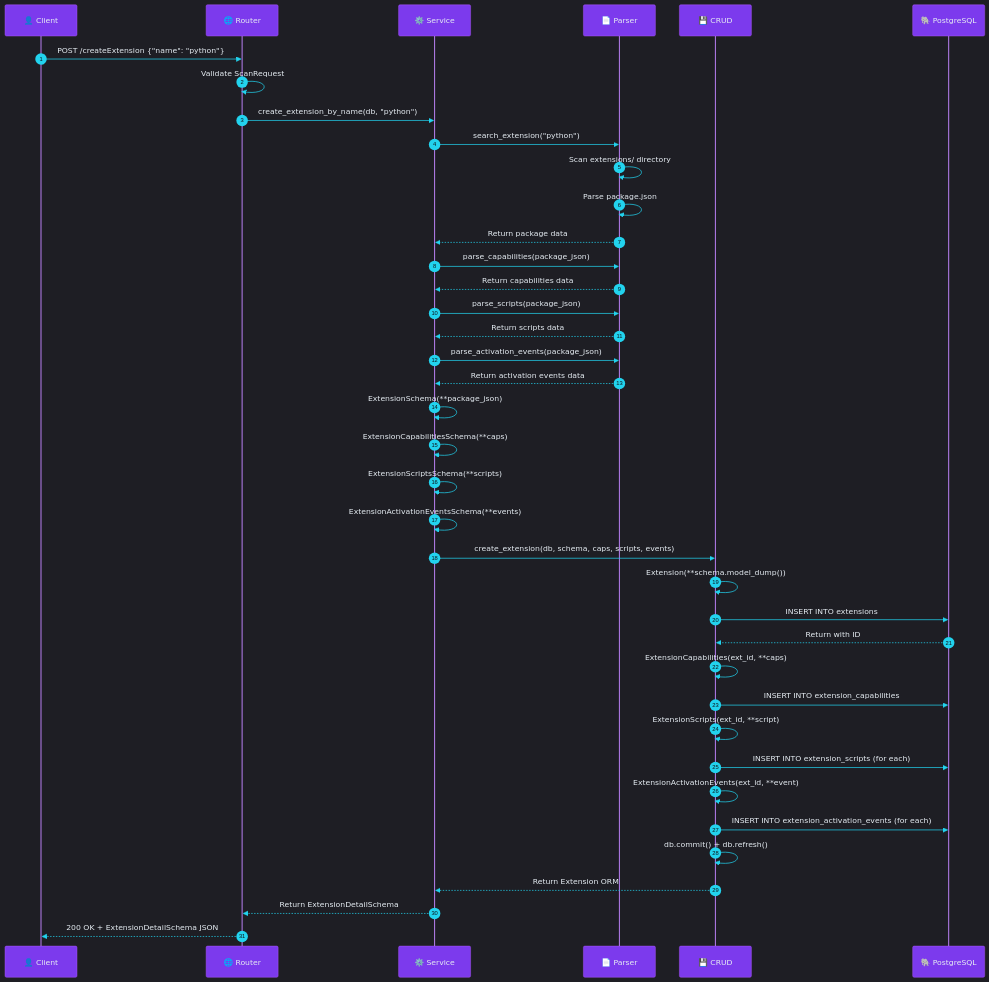
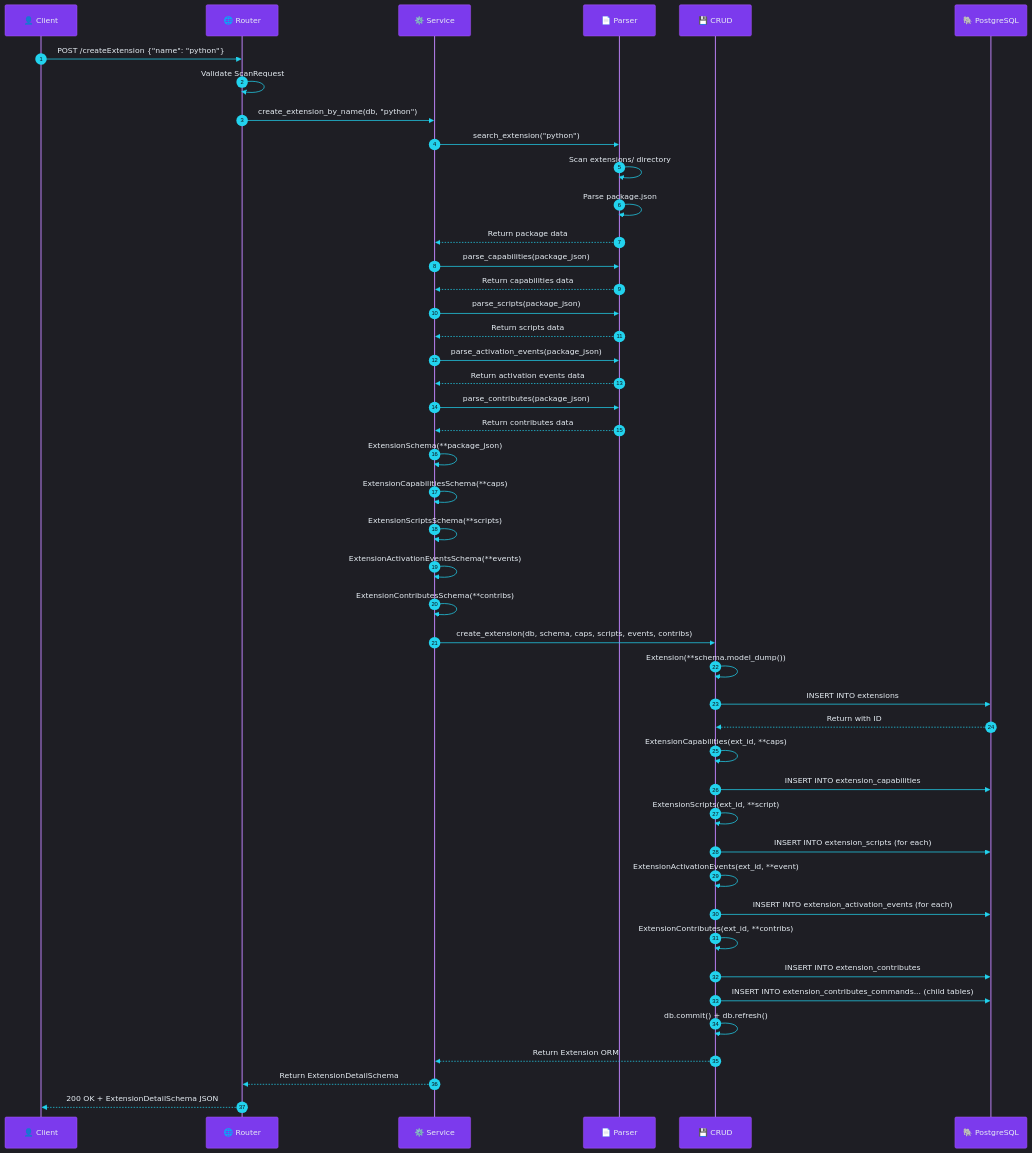
One commit to Ekremunalytu/automation_enviroment changed the fifth of 14 diagrams in documents/ARCHITECTURE.md. Above: the diagram before and after it, drawn with Mermaid. The commit also changed other lines of this file and 16 other files, not shown here.

````diff
--- a/documents/ARCHITECTURE.md
+++ b/documents/ARCHITECTURE.md
@@ -300,48 +300,54 @@
 ```mermaid
 %%{init: {'theme': 'dark', 'themeVariables': { 'background': '#0d1117', 'primaryColor': '#a855f7', 'primaryTextColor': '#e6edf3', 'actorTextColor': '#e6edf3', 'actorBkg': '#7c3aed', 'actorBorder': '#a855f7', 'actorLineColor': '#c084fc', 'signalColor': '#22d3ee', 'signalTextColor': '#e6edf3', 'sequenceNumberColor': '#0d1117', 'noteBkgColor': '#be185d', 'noteTextColor': '#e6edf3', 'noteBorderColor': '#ec4899', 'activationBkgColor': '#4f46e5', 'activationBorderColor': '#818cf8', 'labelBoxBkgColor': '#161b22'}}}%%
 sequenceDiagram
     autonumber
     participant C as 👤 Client
     participant R as 🌐 Router
     participant S as ⚙️ Service
     participant P as 📄 Parser
     participant CR as 💾 CRUD
     participant DB as 🐘 PostgreSQL
 
     C->>R: POST /createExtension {"name": "python"}
     R->>R: Validate ScanRequest
     R->>S: create_extension_by_name(db, "python")
 
     S->>P: search_extension("python")
     P->>P: Scan extensions/ directory
     P->>P: Parse package.json
     P-->>S: Return package data
 
     S->>P: parse_capabilities(package_json)
     P-->>S: Return capabilities data
     S->>P: parse_scripts(package_json)
     P-->>S: Return scripts data
     S->>P: parse_activation_events(package_json)
     P-->>S: Return activation events data
+    S->>P: parse_contributes(package_json)
+    P-->>S: Return contributes data
 
     S->>S: ExtensionSchema(**package_json)
     S->>S: ExtensionCapabilitiesSchema(**caps)
     S->>S: ExtensionScriptsSchema(**scripts)
     S->>S: ExtensionActivationEventsSchema(**events)
-    S->>CR: create_extension(db, schema, caps, scripts, events)
+    S->>S: ExtensionContributesSchema(**contribs)
+    S->>CR: create_extension(db, schema, caps, scripts, events, contribs)
 
     CR->>CR: Extension(**schema.model_dump())
     CR->>DB: INSERT INTO extensions
     DB-->>CR: Return with ID
     CR->>CR: ExtensionCapabilities(ext_id, **caps)
     CR->>DB: INSERT INTO extension_capabilities
     CR->>CR: ExtensionScripts(ext_id, **script)
     CR->>DB: INSERT INTO extension_scripts (for each)
     CR->>CR: ExtensionActivationEvents(ext_id, **event)
     CR->>DB: INSERT INTO extension_activation_events (for each)
+    CR->>CR: ExtensionContributes(ext_id, **contribs)
+    CR->>DB: INSERT INTO extension_contributes
+    CR->>DB: INSERT INTO extension_contributes_commands... (child tables)
     CR->>CR: db.commit() + db.refresh()
     CR-->>S: Return Extension ORM
 
     S-->>R: Return ExtensionDetailSchema
     R-->>C: 200 OK + ExtensionDetailSchema JSON
 ```
````
